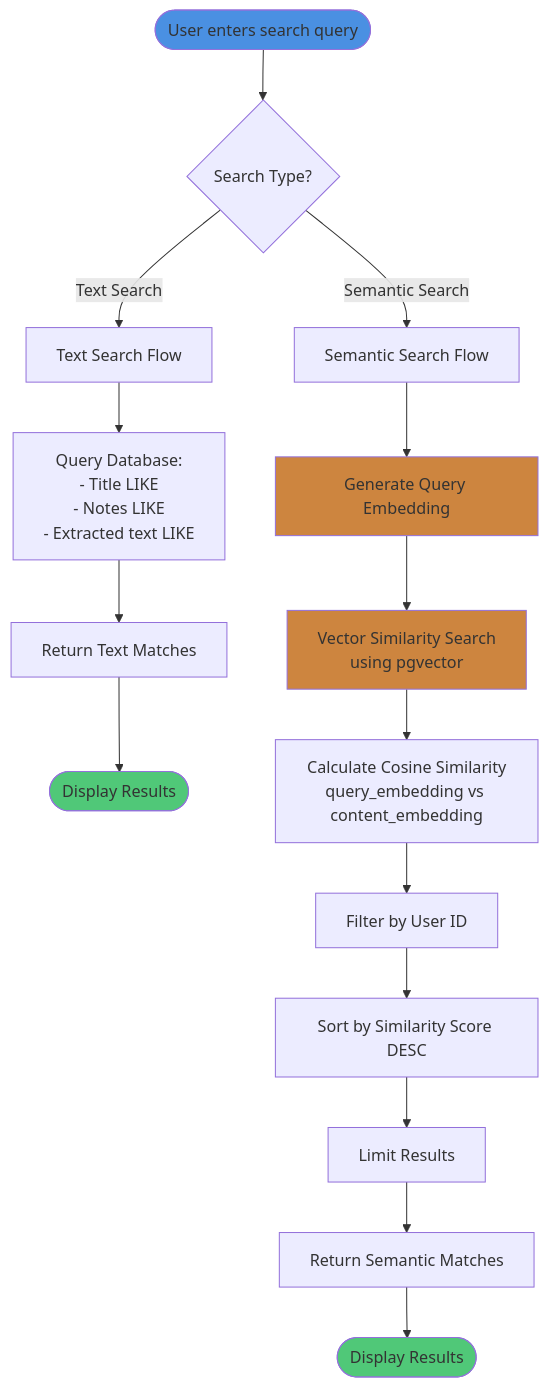
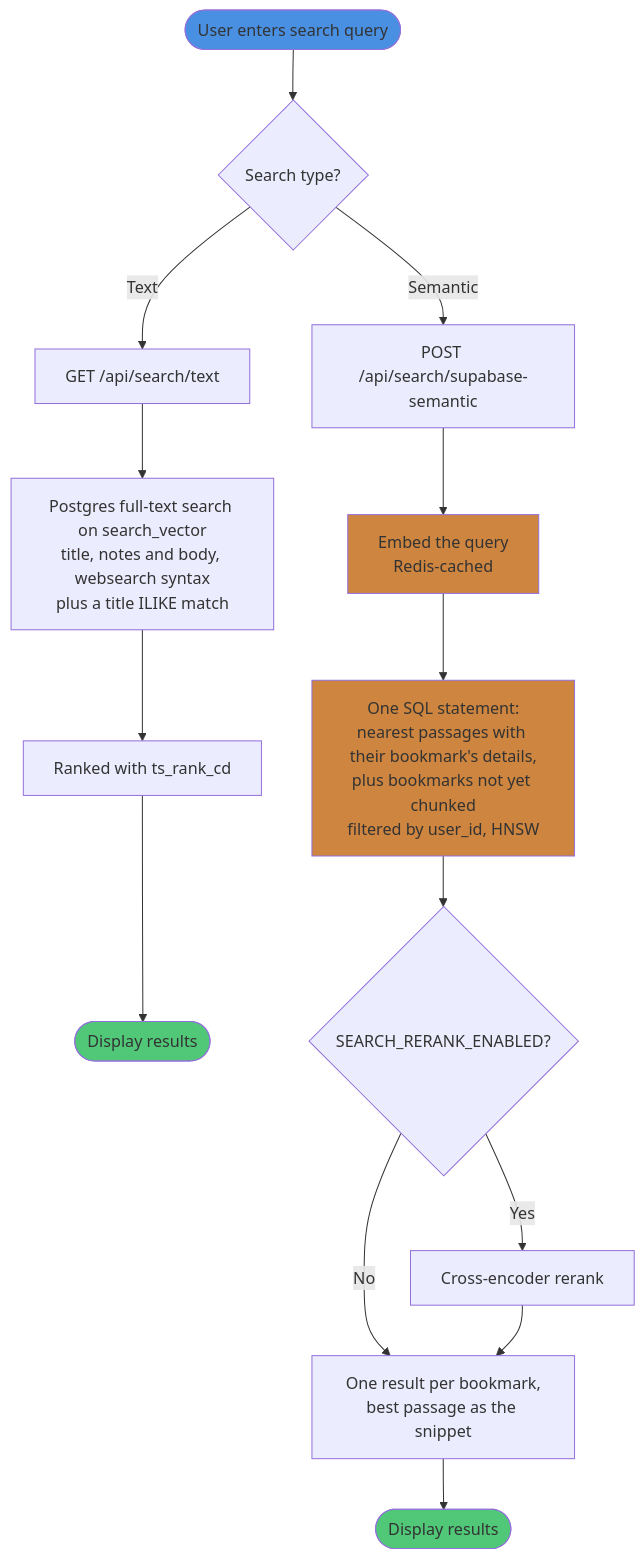
One commit to Ujjwaljain16/Fuze changed the eighth of 12 diagrams in docs/USERFLOW.md. Above: the diagram before and after it, drawn with Mermaid. The commit also changed other lines of this file and 12 other files, not shown here.

Commit message:
docs: rewrite architecture, optimizations and user flows to match the code; replace the finished intent-engine plan with a recommendations guide and one decision record

````diff
--- a/docs/USERFLOW.md
+++ b/docs/USERFLOW.md
@@ -383,27 +384,24 @@
 ```mermaid
 flowchart TD
-    Start([User enters search query]) --> SearchType{Search Type?}
-    
-    SearchType -->|Text Search| TextSearch[Text Search Flow]
-    SearchType -->|Semantic Search| SemanticSearch[Semantic Search Flow]
-    
-    TextSearch --> QueryDB[Query Database:<br/>- Title LIKE<br/>- Notes LIKE<br/>- Extracted text LIKE]
-    QueryDB --> TextResults[Return Text Matches]
-    TextResults --> End1([Display Results])
-    
-    SemanticSearch --> GenerateQueryEmbedding[Generate Query Embedding]
-    GenerateQueryEmbedding --> VectorSearch[Vector Similarity Search<br/>using pgvector]
-    
-    VectorSearch --> CalculateSimilarity[Calculate Cosine Similarity<br/>query_embedding vs content_embedding]
-    CalculateSimilarity --> FilterByUser[Filter by User ID]
-    FilterByUser --> SortBySimilarity[Sort by Similarity Score DESC]
-    SortBySimilarity --> LimitResults[Limit Results]
-    LimitResults --> SemanticResults[Return Semantic Matches]
-    SemanticResults --> End2([Display Results])
-    
+    Start([User enters search query]) --> SearchType{Search type?}
+
+    SearchType -->|Text| TextSearch[GET /api/search/text]
+    TextSearch --> QueryDB[Postgres full-text search on search_vector<br/>title, notes and body, websearch syntax<br/>plus a title ILIKE match]
+    QueryDB --> TextResults[Ranked with ts_rank_cd]
+    TextResults --> End1([Display results])
+
+    SearchType -->|Semantic| SemanticSearch[POST /api/search/supabase-semantic]
+    SemanticSearch --> Embed[Embed the query<br/>Redis-cached]
+    Embed --> Retrieve[One SQL statement:<br/>nearest passages with their bookmark's details,<br/>plus bookmarks not yet chunked<br/>filtered by user_id, HNSW]
+    Retrieve --> Rerank{SEARCH_RERANK_ENABLED?}
+    Rerank -->|Yes| CrossEnc[Cross-encoder rerank]
+    Rerank -->|No| Merge
+    CrossEnc --> Merge[One result per bookmark,<br/>best passage as the snippet]
+    Merge --> End2([Display results])
+
     style Start fill:#4a90e2
     style End1 fill:#50c878
     style End2 fill:#50c878
-    style GenerateQueryEmbedding fill:#cd853f
-    style VectorSearch fill:#cd853f
+    style Embed fill:#cd853f
+    style Retrieve fill:#cd853f
 ```
````
